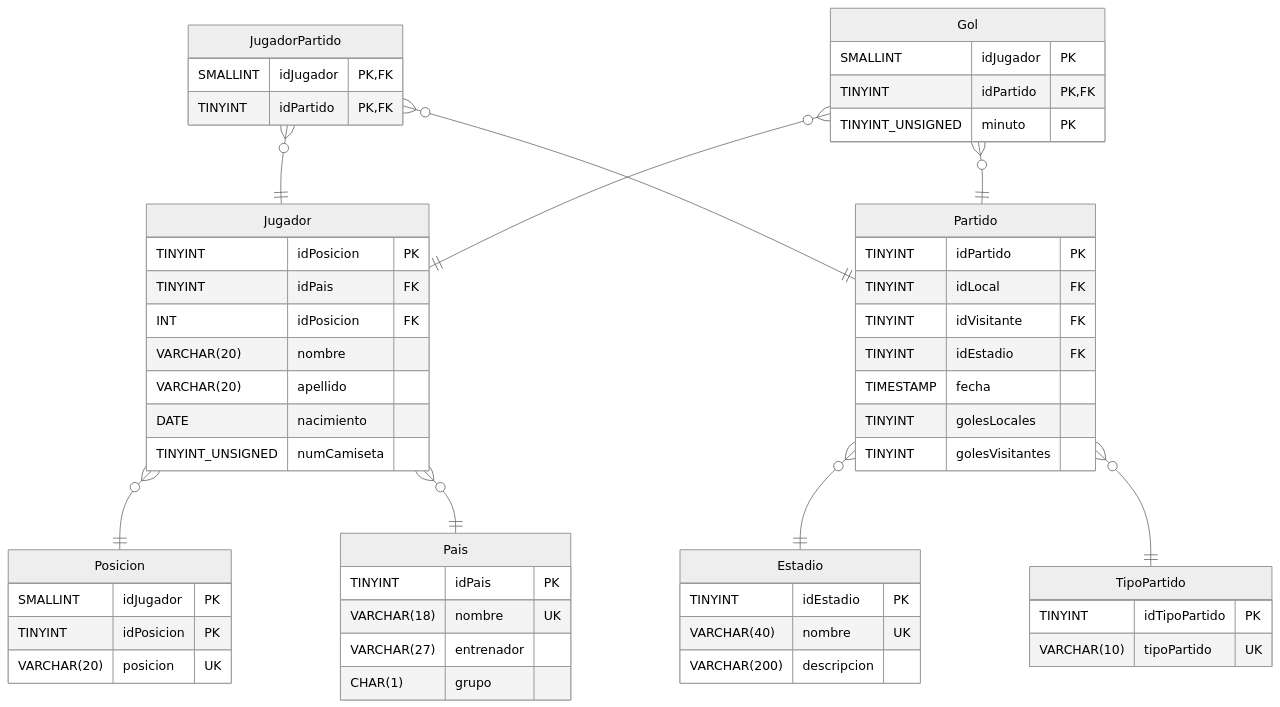
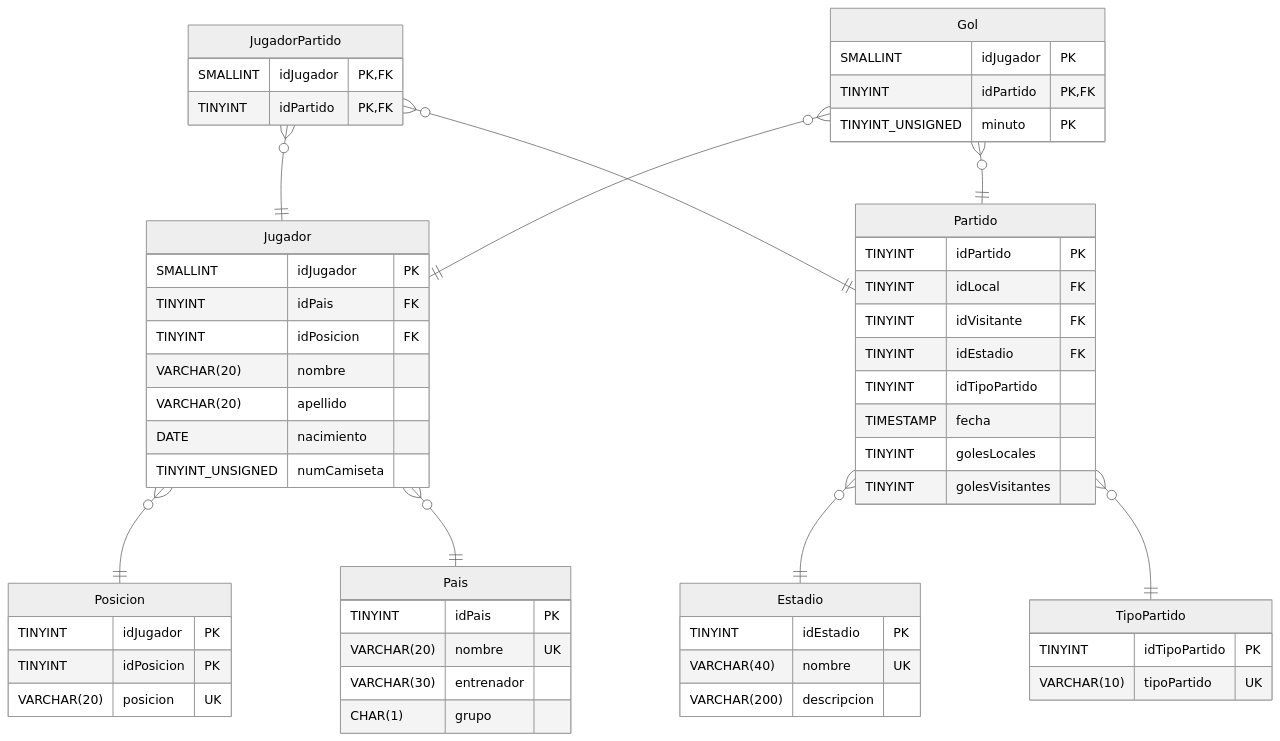
One commit to PasandiLuka/BD-Mundial22 changed the diagram in README.md. Above: the diagram before and after it, drawn with Mermaid (neutral theme). The commit also changed 2 other files, not shown here.

Commit message:
Actualización de docu

````diff
--- a/README.md
+++ b/README.md
@@ -6,61 +6,62 @@
 ```mermaid
 erDiagram
-    Pais{
+    Pais{   
         TINYINT idPais PK
-        VARCHAR(18) nombre UK
-        VARCHAR(27) entrenador
+        VARCHAR(20) nombre UK
+        VARCHAR(30) entrenador
         CHAR(1) grupo
     }
     Estadio{
         TINYINT idEstadio PK
         VARCHAR(40) nombre UK
         VARCHAR(200) descripcion
     }
     TipoPartido{
         TINYINT idTipoPartido PK
         VARCHAR(10) tipoPartido UK
     }
     Partido{
         TINYINT idPartido PK
         TINYINT idLocal FK
         TINYINT idVisitante FK
         TINYINT idEstadio FK
+        TINYINT idTipoPartido
         TIMESTAMP fecha
         TINYINT golesLocales
         TINYINT golesVisitantes
     }
     Posicion{
-        SMALLINT idJugador PK
+        TINYINT idJugador PK
         TINYINT idPosicion PK
         VARCHAR(20) posicion UK
     }
     Jugador{
-        TINYINT idPosicion PK
+        SMALLINT idJugador PK
         TINYINT idPais FK
-        INT idPosicion FK
+        TINYINT idPosicion FK
         VARCHAR(20) nombre
         VARCHAR(20) apellido
         DATE nacimiento 
         TINYINT_UNSIGNED numCamiseta
     }
     JugadorPartido{
         SMALLINT idJugador PK, FK
         TINYINT idPartido PK, FK
     }
     Gol{
         SMALLINT idJugador PK
         TINYINT idPartido PK, FK
         TINYINT_UNSIGNED minuto PK
     }
 
     Jugador }o--|| Posicion :""
     Jugador }o--|| Pais :""
     Partido }o--|| Estadio :""
     Partido }o--|| TipoPartido :""
     JugadorPartido }o--|| Jugador :""
     JugadorPartido }o--|| Partido :""
     Gol }o--|| Jugador :""
     Gol }o--|| Partido :""
 
 
 ```
````
